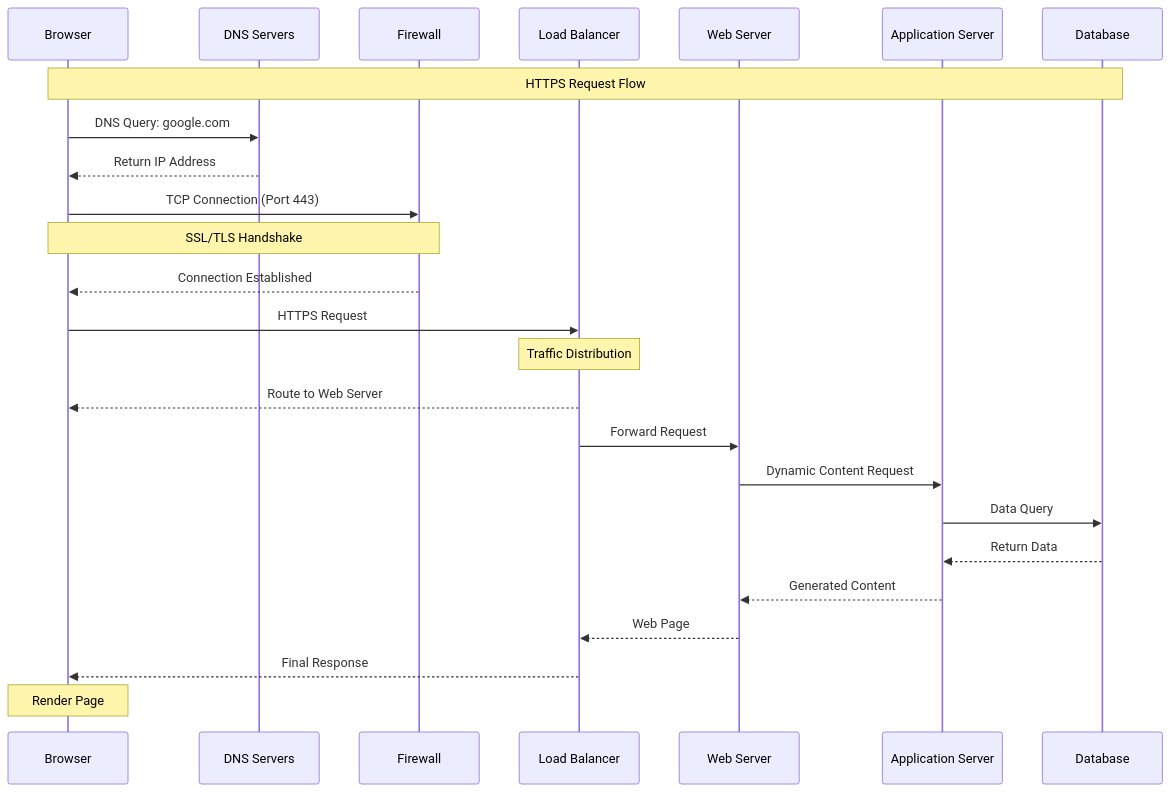
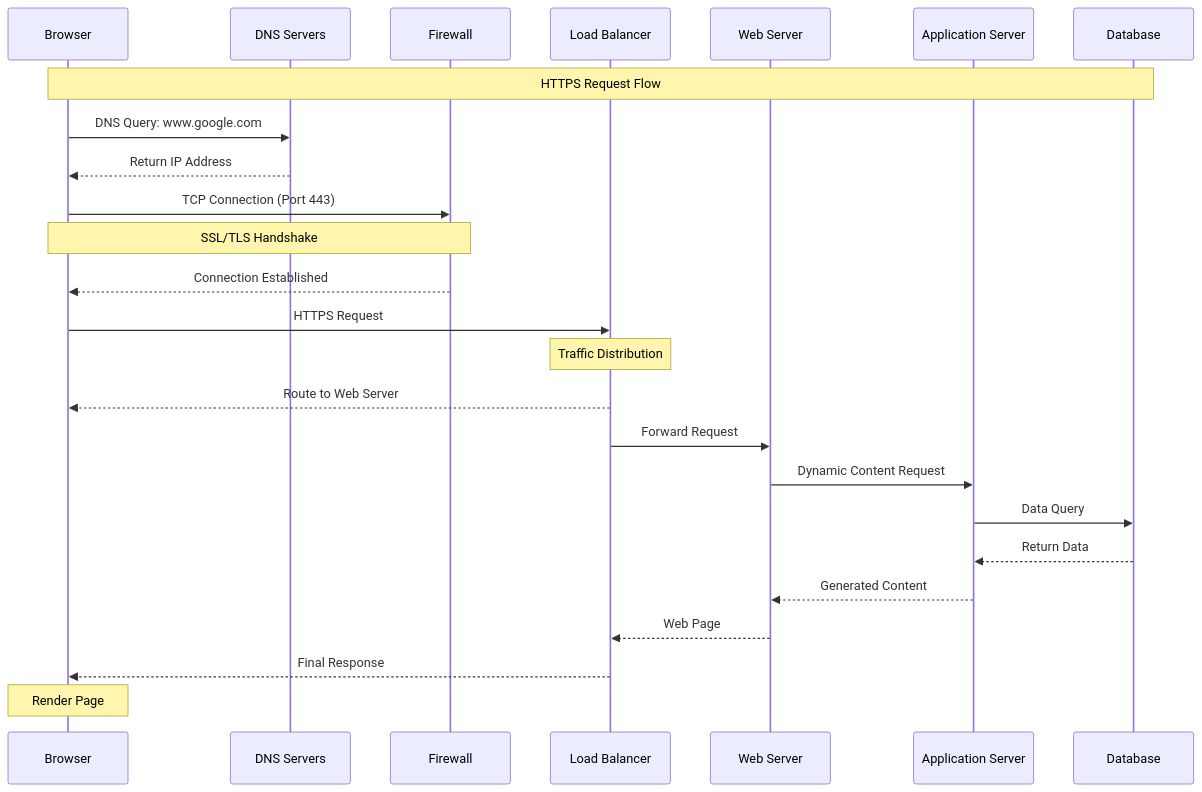
The diagram in what_happens_when_your_type_google_com_in_your_browser_and_press_enter/1-what_happen_when_diagram.md (judiihh/holbertonschool-network), drawn with Mermaid before and after one commit. The commit also changed other lines of this file, not shown here.

Commit message:
fix: diagram doc

````diff
--- a/what_happens_when_your_type_google_com_in_your_browser_and_press_enter/1-what_happen_when_diagram.md
+++ b/what_happens_when_your_type_google_com_in_your_browser_and_press_enter/1-what_happen_when_diagram.md
@@ -5,40 +5,40 @@
 ```mermaid
 sequenceDiagram
     participant Browser
     participant DNS as DNS Servers
-    participant Firewall
+    participant Firewall as Firewall
     participant LB as Load Balancer
     participant WS as Web Server
     participant AS as Application Server
     participant DB as Database
 
     Note over Browser,DB: HTTPS Request Flow
 
     %% DNS Resolution
-    Browser->>DNS: DNS Query: google.com
+    Browser->>DNS: DNS Query: www.google.com
     DNS-->>Browser: Return IP Address
 
     %% TCP Connection & Firewall
     Browser->>Firewall: TCP Connection (Port 443)
     Note over Browser,Firewall: SSL/TLS Handshake
     Firewall-->>Browser: Connection Established
 
     %% Load Balancer
     Browser->>LB: HTTPS Request
     Note over LB: Traffic Distribution
     LB-->>Browser: Route to Web Server
 
     %% Web Server
     LB->>WS: Forward Request
     WS->>AS: Dynamic Content Request
 
     %% Application Server & Database
     AS->>DB: Data Query
     DB-->>AS: Return Data
     AS-->>WS: Generated Content
 
     %% Response Flow
     WS-->>LB: Web Page
     LB-->>Browser: Final Response
     Note over Browser: Render Page
 ```
````
